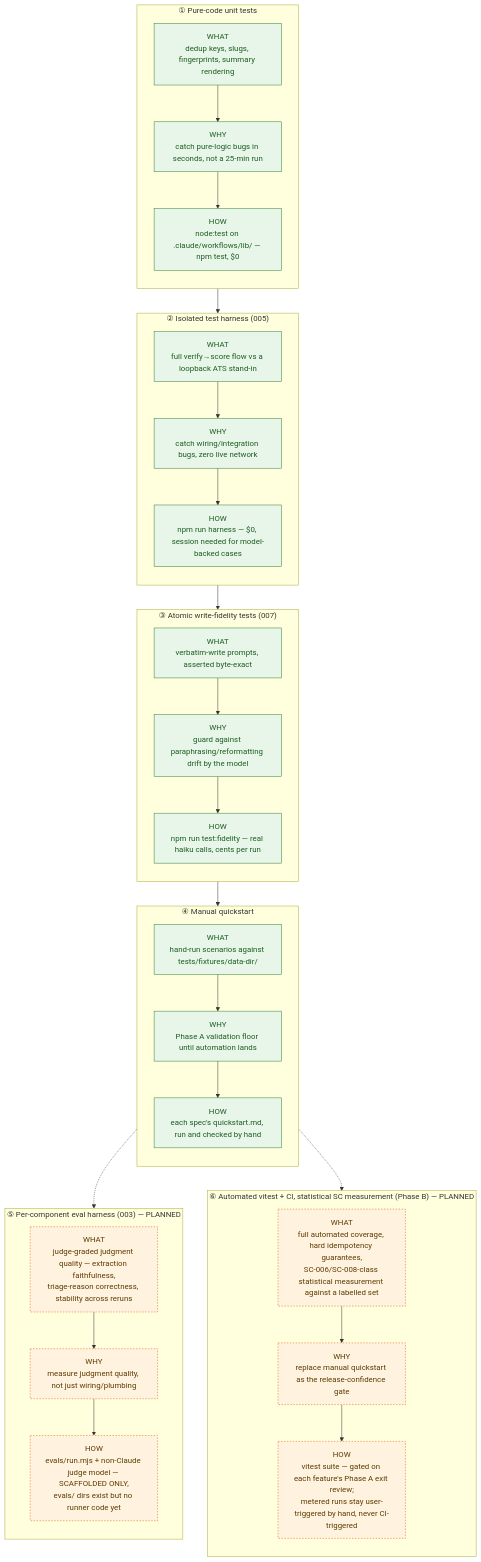
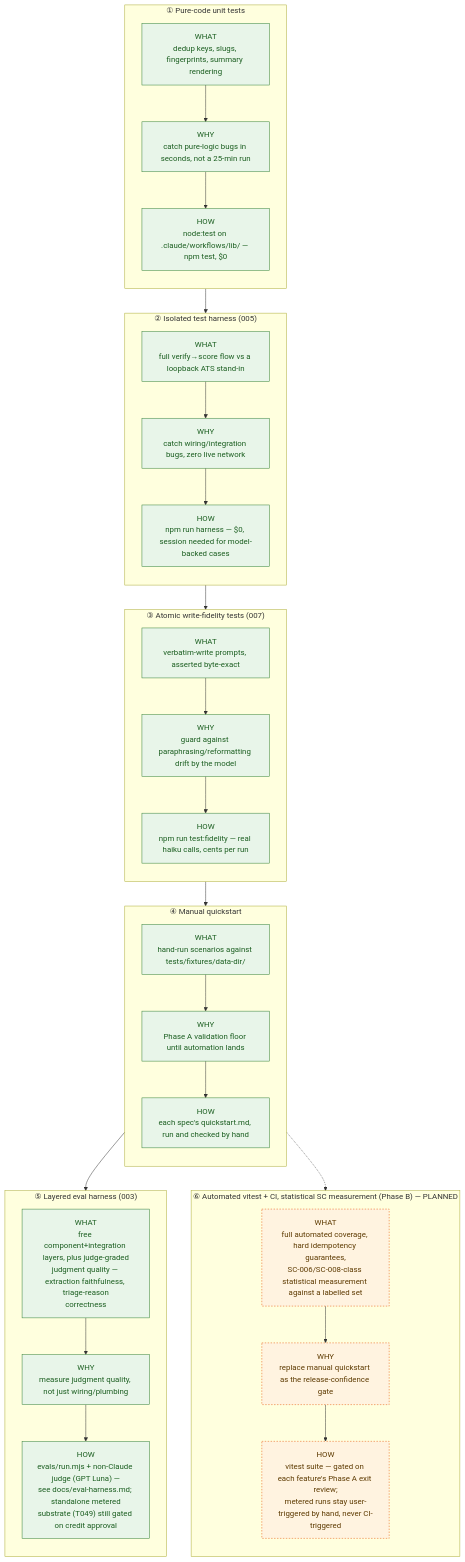
The diagram in docs/testing.md (juliaviluhina/hyppograph), drawn with Mermaid before and after one commit. The commit also changed other lines of this file and 2 other files, not shown here.

First line of the commit message:
docs: add eval harness design doc, refresh testing.md's stale eval status

````diff
--- a/docs/testing.md
+++ b/docs/testing.md
@@ -15,56 +15,56 @@
 ```mermaid
 flowchart TD
   classDef live fill:#e8f5e9,stroke:#2e7d32,color:#1b5e20;
   classDef planned fill:#fff3e0,stroke:#e65100,stroke-dasharray:3 3,color:#5d3a00;
 
   subgraph A["① Pure-code unit tests"]
     direction TB
     A_what["WHAT<br/>dedup keys, slugs, fingerprints, summary rendering"]:::live
     A_why["WHY<br/>catch pure-logic bugs in seconds, not a 25-min run"]:::live
     A_how["HOW<br/>node:test on .claude/workflows/lib/ — npm test, $0"]:::live
     A_what --> A_why --> A_how
   end
 
   subgraph B["② Isolated test harness (005)"]
     direction TB
     B_what["WHAT<br/>full verify→score flow vs a loopback ATS stand-in"]:::live
     B_why["WHY<br/>catch wiring/integration bugs, zero live network"]:::live
     B_how["HOW<br/>npm run harness — $0, session needed for model-backed cases"]:::live
     B_what --> B_why --> B_how
   end
 
   subgraph C["③ Atomic write-fidelity tests (007)"]
     direction TB
     C_what["WHAT<br/>verbatim-write prompts, asserted byte-exact"]:::live
     C_why["WHY<br/>guard against paraphrasing/reformatting drift by the model"]:::live
     C_how["HOW<br/>npm run test:fidelity — real haiku calls, cents per run"]:::live
     C_what --> C_why --> C_how
   end
 
   subgraph D["④ Manual quickstart"]
     direction TB
     D_what["WHAT<br/>hand-run scenarios against tests/fixtures/data-dir/"]:::live
     D_why["WHY<br/>Phase A validation floor until automation lands"]:::live
     D_how["HOW<br/>each spec's quickstart.md, run and checked by hand"]:::live
     D_what --> D_why --> D_how
   end
 
-  subgraph E["⑤ Per-component eval harness (003) — PLANNED"]
+  subgraph E["⑤ Layered eval harness (003)"]
     direction TB
-    E_what["WHAT<br/>judge-graded judgment quality — extraction faithfulness,<br/>triage-reason correctness, stability across reruns"]:::planned
-    E_why["WHY<br/>measure judgment quality, not just wiring/plumbing"]:::planned
-    E_how["HOW<br/>evals/run.mjs + non-Claude judge model — SCAFFOLDED ONLY,<br/>evals/ dirs exist but no runner code yet"]:::planned
+    E_what["WHAT<br/>free component+integration layers, plus judge-graded<br/>judgment quality — extraction faithfulness, triage-reason<br/>correctness"]:::live
+    E_why["WHY<br/>measure judgment quality, not just wiring/plumbing"]:::live
+    E_how["HOW<br/>evals/run.mjs + non-Claude judge (GPT Luna) —<br/>see docs/eval-harness.md; standalone metered<br/>substrate (T049) still gated on credit approval"]:::live
     E_what --> E_why --> E_how
   end
 
   subgraph F["⑥ Automated vitest + CI, statistical SC measurement (Phase B) — PLANNED"]
     direction TB
     F_what["WHAT<br/>full automated coverage, hard idempotency guarantees,<br/>SC-006/SC-008-class statistical measurement against a labelled set"]:::planned
     F_why["WHY<br/>replace manual quickstart as the release-confidence gate"]:::planned
     F_how["HOW<br/>vitest suite — gated on each feature's Phase A exit review;<br/>metered runs stay user-triggered by hand, never CI-triggered"]:::planned
     F_what --> F_why --> F_how
   end
 
-  A --> B --> C --> D -.-> E
+  A --> B --> C --> D --> E
   D -.-> F
 ```
````
